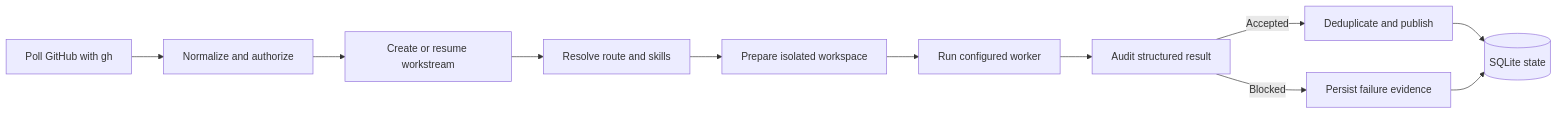
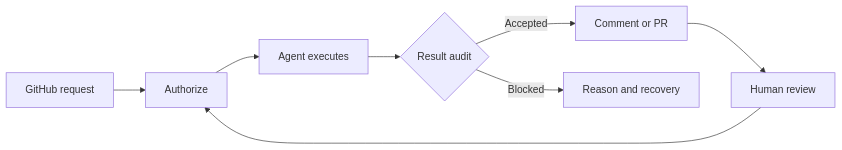
Before and after one commit to wklken/Robert: the diagram in README_EN.md, drawn with Mermaid. The commit also changed other lines of this file and 15 other files, not shown here.

````diff
--- a/README_EN.md
+++ b/README_EN.md
@@ -64,13 +52,10 @@
 ```mermaid
 flowchart LR
-    A[Poll GitHub with gh] --> B[Normalize and authorize]
-    B --> C[Create or resume workstream]
-    C --> D[Resolve route and skills]
-    D --> E[Prepare isolated workspace]
-    E --> F[Run configured worker]
-    F --> G[Audit structured result]
-    G -->|Accepted| H[Deduplicate and publish]
-    G -->|Blocked| I[Persist failure evidence]
-    H --> J[(SQLite state)]
-    I --> J
+    A[GitHub request] --> B[Authorize]
+    B --> C[Agent executes]
+    C --> D{Result audit}
+    D -->|Accepted| E[Comment or PR]
+    D -->|Blocked| F[Reason and recovery]
+    E --> G[Human review]
+    G --> B
 ```
````
